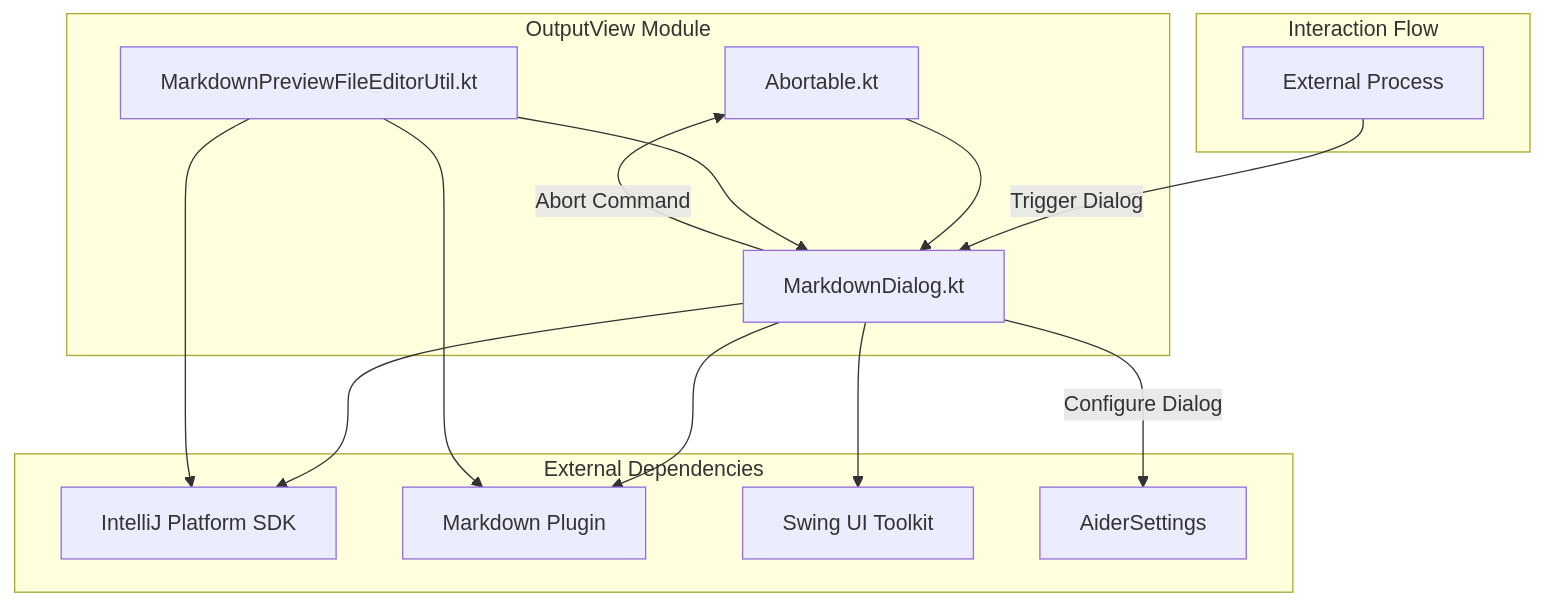
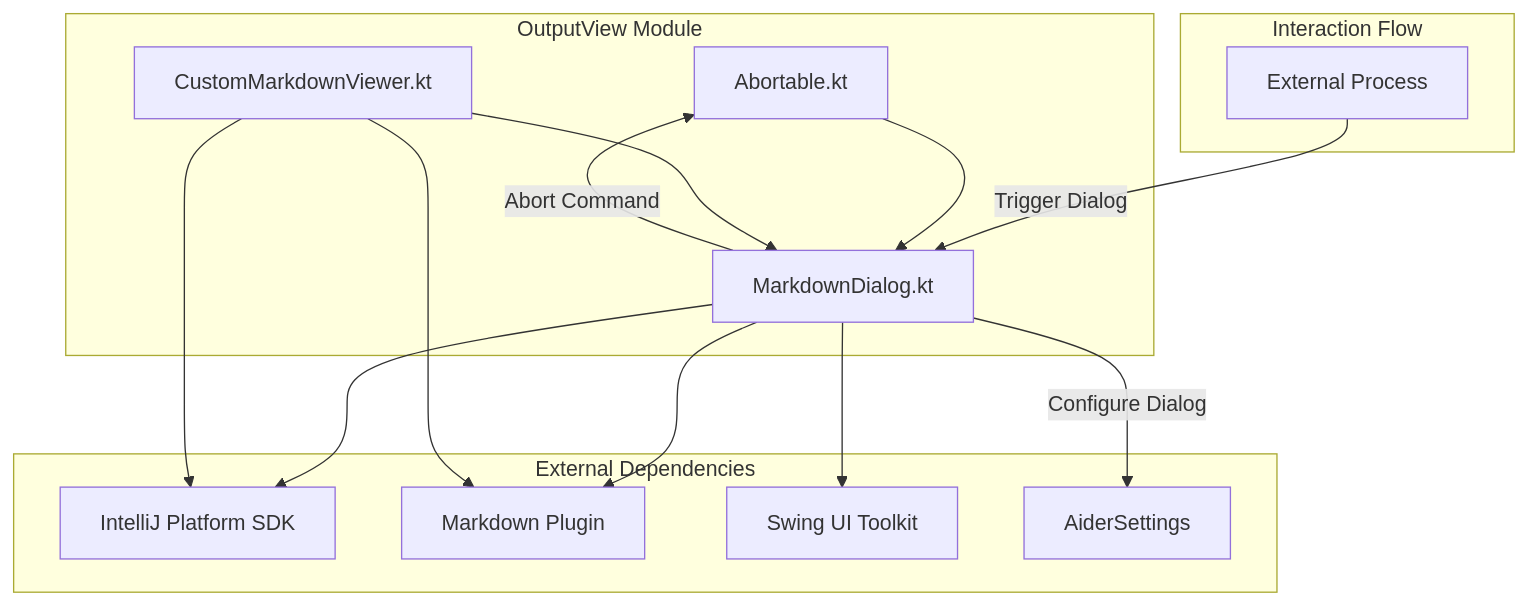
Before and after one commit to p-wegner/coding-aider: the diagram in src/main/kotlin/de/andrena/codingaider/outputview/outputview.md, drawn with Mermaid. The commit also changed other lines of this file and 3 other files, not shown here.

````diff
--- a/src/main/kotlin/de/andrena/codingaider/outputview/outputview.md
+++ b/src/main/kotlin/de/andrena/codingaider/outputview/outputview.md
@@ -14,29 +14,29 @@
 ```mermaid
 graph TD
     subgraph OutputView Module
         A[Abortable.kt]
         B[MarkdownDialog.kt]
-        C[MarkdownPreviewFileEditorUtil.kt]
+        C[CustomMarkdownViewer.kt]
     end
     
     subgraph External Dependencies
         D[IntelliJ Platform SDK]
         E[Markdown Plugin]
         F[Swing UI Toolkit]
         G[AiderSettings]
     end
     
     subgraph Interaction Flow
         H[External Process] -->|Trigger Dialog| B
         B -->|Abort Command| A
         B -->|Configure Dialog| G
     end
     
     B --> D
     B --> E
     B --> F
     A --> B
     C --> B
     C --> D
     C --> E
 ```
````
